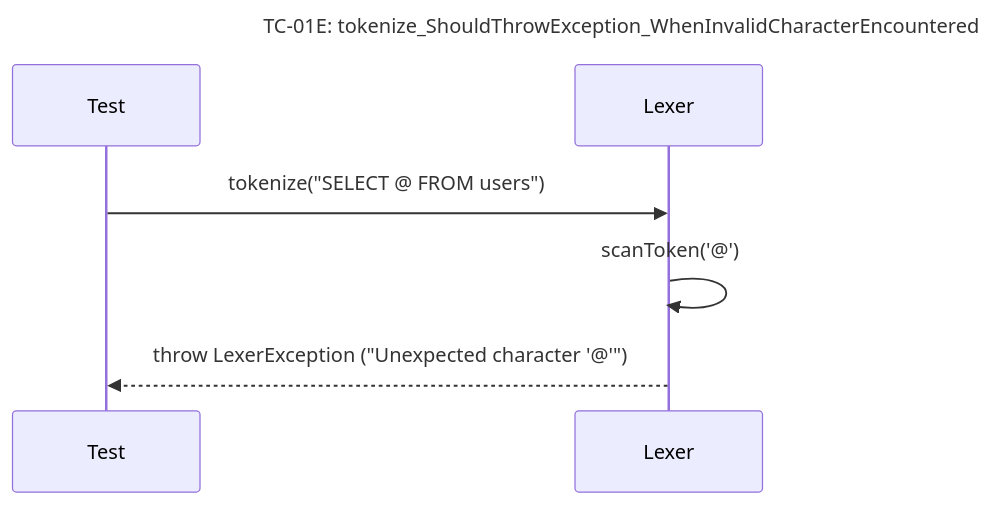
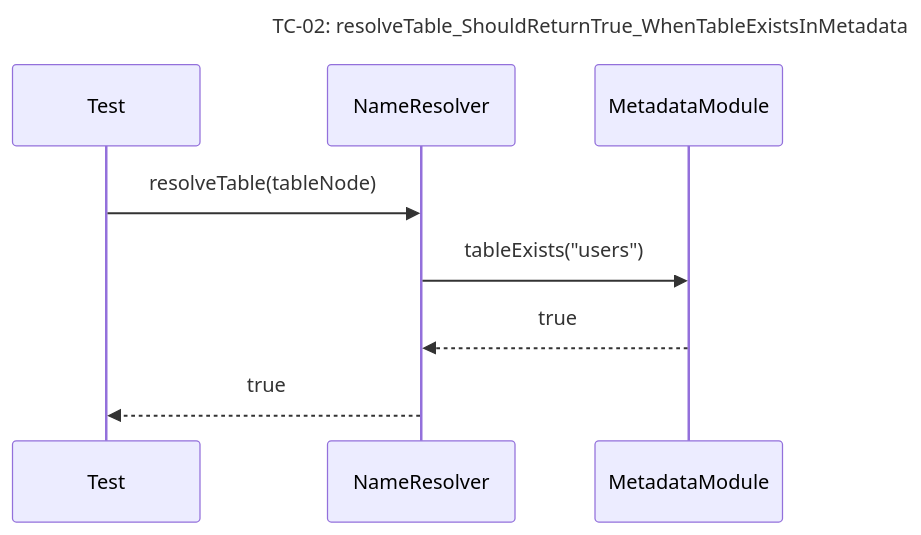
Before and after one commit to Dikhang1112/Database_Management_BBV: the sixth of 30 diagrams in docs/unit_test/query_prossor/SequeceTestCase.md, drawn with Mermaid. The commit also changed other lines of this file and 2 other files, not shown here.

Commit message:
Add unit test for senetic analysis

````diff
--- a/docs/unit_test/query_prossor/SequeceTestCase.md
+++ b/docs/unit_test/query_prossor/SequeceTestCase.md
@@ -72,10 +95,12 @@
 ```mermaid
 sequenceDiagram
-    title TC-01E: tokenize_ShouldThrowException_WhenInvalidCharacterEncountered
+    title TC-02: resolveTable_ShouldReturnTrue_WhenTableExistsInMetadata
     participant Test
-    participant Lexer
+    participant NameResolver
+    participant MetadataModule
 
-    Test->>Lexer: tokenize("SELECT @ FROM users")
-    Lexer->>Lexer: scanToken('@')
-    Lexer-->>Test: throw LexerException ("Unexpected character '@'")
+    Test->>NameResolver: resolveTable(tableNode)
+    NameResolver->>MetadataModule: tableExists("users")
+    MetadataModule-->>NameResolver: true
+    NameResolver-->>Test: true
 ```
````
